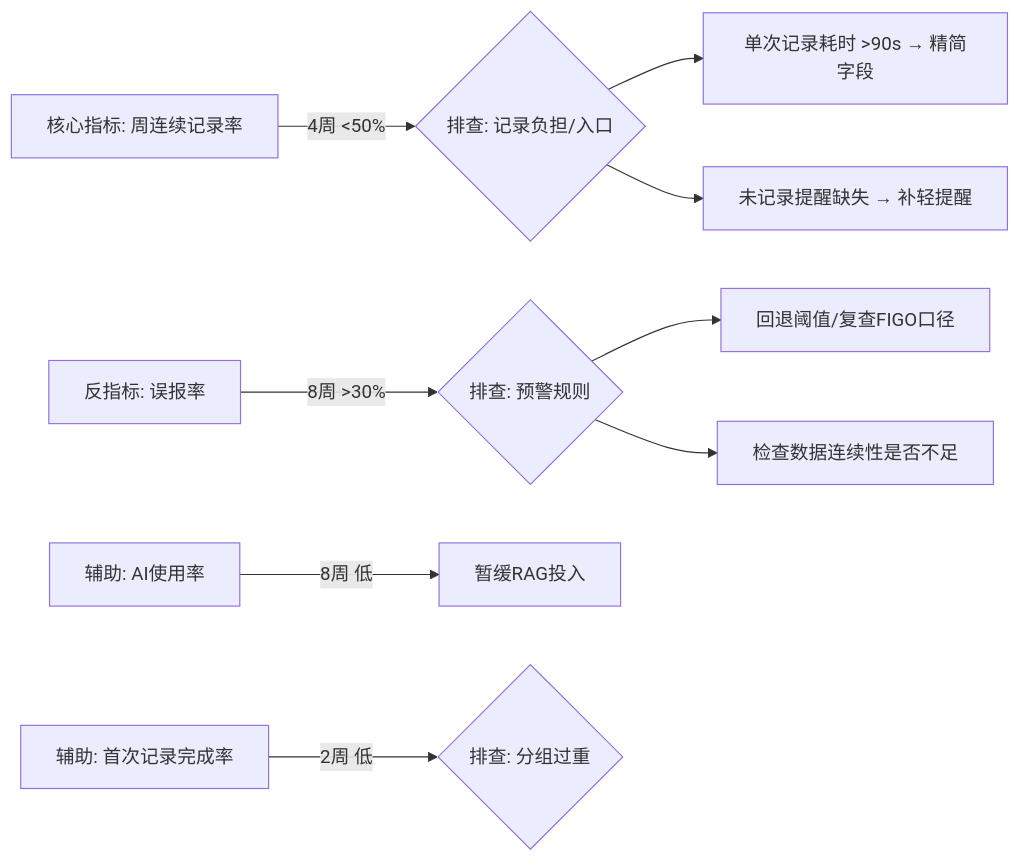
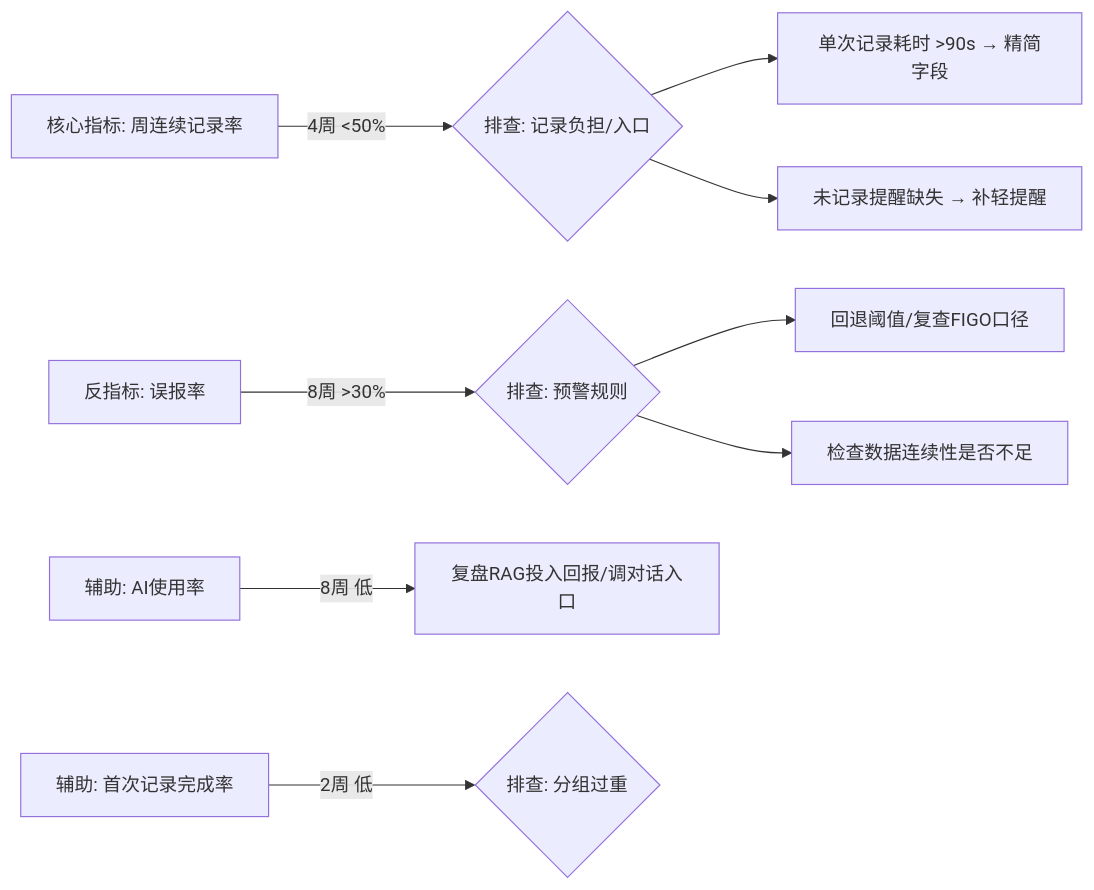
One commit to a3114029848-png/luna-app changed the diagram in 需求分析.md. Above: the diagram before and after it, drawn with Mermaid. The commit also changed other lines of this file and 23 other files, not shown here.

````diff
--- a/需求分析.md
+++ b/需求分析.md
@@ -151,11 +152,11 @@
 ```mermaid
 flowchart LR
     A[核心指标: 周连续记录率] -->|4周 <50%| B{排查: 记录负担/入口}
     B --> B1[单次记录耗时 >90s → 精简字段]
     B --> B2[未记录提醒缺失 → 补轻提醒]
     C[反指标: 误报率] -->|8周 >30%| D{排查: 预警规则}
     D --> D1[回退阈值/复查FIGO口径]
     D --> D2[检查数据连续性是否不足]
-    E[辅助: AI使用率] -->|8周 低| F[暂缓RAG投入]
+    E[辅助: AI使用率] -->|8周 低| F[复盘RAG投入回报/调对话入口]
     G[辅助: 首次记录完成率] -->|2周 低| H{排查: 分组过重}
 ```
````
